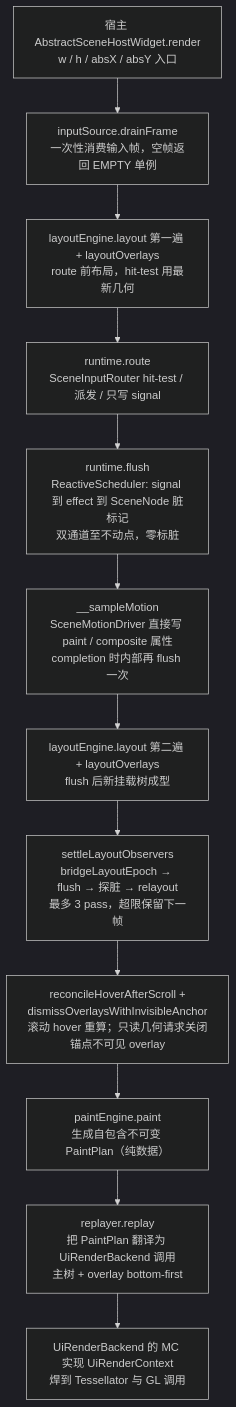
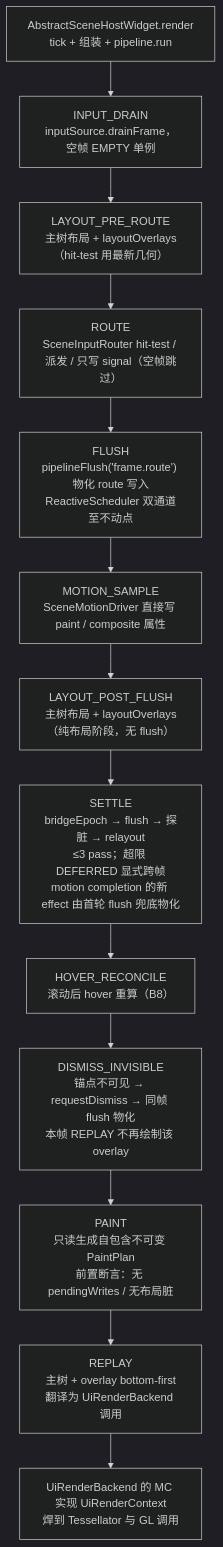
Before and after one commit to QuanhuZeYu/Qz-UILib: the first of 2 diagrams in docs/开发者文档/架构图/01-scene渲染管线.md, drawn with Mermaid (dark theme). The commit also changed other lines of this file and 2 other files, not shown here.

Commit message:
[Docs]: 帧管线重构收尾——架构图 01 重写为管线形态、CHANGELOG 补记、实施发现与偏差落档

````diff
--- a/docs/开发者文档/架构图/01-scene渲染管线.md
+++ b/docs/开发者文档/架构图/01-scene渲染管线.md
@@ -10,17 +13,18 @@
 ```mermaid
 flowchart TD
-  A["宿主 AbstractSceneHostWidget.render<br>w / h / absX / absY 入口"]
-  B["inputSource.drainFrame<br>一次性消费输入帧，空帧返回 EMPTY 单例"]
-  C["layoutEngine.layout 第一遍 + layoutOverlays<br>route 前布局，hit-test 用最新几何"]
-  D["runtime.route<br>SceneInputRouter hit-test / 派发 / 只写 signal"]
-  E["runtime.flush<br>ReactiveScheduler: signal 到 effect 到 SceneNode 脏标记<br>双通道至不动点，零标脏"]
-  F["__sampleMotion<br>SceneMotionDriver 直接写 paint / composite 属性<br>completion 时内部再 flush 一次"]
-  G["layoutEngine.layout 第二遍 + layoutOverlays<br>flush 后新挂载树成型"]
-  H["settleLayoutObservers<br>bridgeLayoutEpoch → flush → 探脏 → relayout<br>最多 3 pass，超限保留下一帧"]
-  I["reconcileHoverAfterScroll +<br>dismissOverlaysWithInvisibleAnchor<br>滚动 hover 重算；只读几何请求关闭锚点不可见 overlay"]
-  J["paintEngine.paint<br>生成自包含不可变 PaintPlan（纯数据）"]
-  K["replayer.replay<br>把 PaintPlan 翻译为 UiRenderBackend 调用<br>主树 + overlay bottom-first"]
+  A["AbstractSceneHostWidget.render<br>tick + 组装 + pipeline.run"]
+  B["INPUT_DRAIN<br>inputSource.drainFrame，空帧 EMPTY 单例"]
+  C["LAYOUT_PRE_ROUTE<br>主树布局 + layoutOverlays（hit-test 用最新几何）"]
+  D["ROUTE<br>SceneInputRouter hit-test / 派发 / 只写 signal（空帧跳过）"]
+  E["FLUSH<br>pipelineFlush('frame.route') 物化 route 写入<br>ReactiveScheduler 双通道至不动点"]
+  F["MOTION_SAMPLE<br>SceneMotionDriver 直接写 paint / composite 属性"]
+  G["LAYOUT_POST_FLUSH<br>主树布局 + layoutOverlays（纯布局阶段，无 flush）"]
+  H["SETTLE<br>bridgeEpoch → flush → 探脏 → relayout<br>≤3 pass；超限 DEFERRED 显式跨帧<br>motion completion 的新 effect 由首轮 flush 兜底物化"]
+  I1["HOVER_RECONCILE<br>滚动后 hover 重算（B8）"]
+  I2["DISMISS_INVISIBLE<br>锚点不可见 → requestDismiss → 同帧 flush 物化<br>本帧 REPLAY 不再绘制该 overlay"]
+  J["PAINT<br>只读生成自包含不可变 PaintPlan<br>前置断言：无 pendingWrites / 无布局脏"]
+  K["REPLAY<br>主树 + overlay bottom-first<br>翻译为 UiRenderBackend 调用"]
   L["UiRenderBackend 的 MC 实现 UiRenderContext<br>焊到 Tessellator 与 GL 调用"]
 
-  A --> B --> C --> D --> E --> F --> G --> H --> I --> J --> K --> L
+  A --> B --> C --> D --> E --> F --> G --> H --> I1 --> I2 --> J --> K --> L
 ```
````
